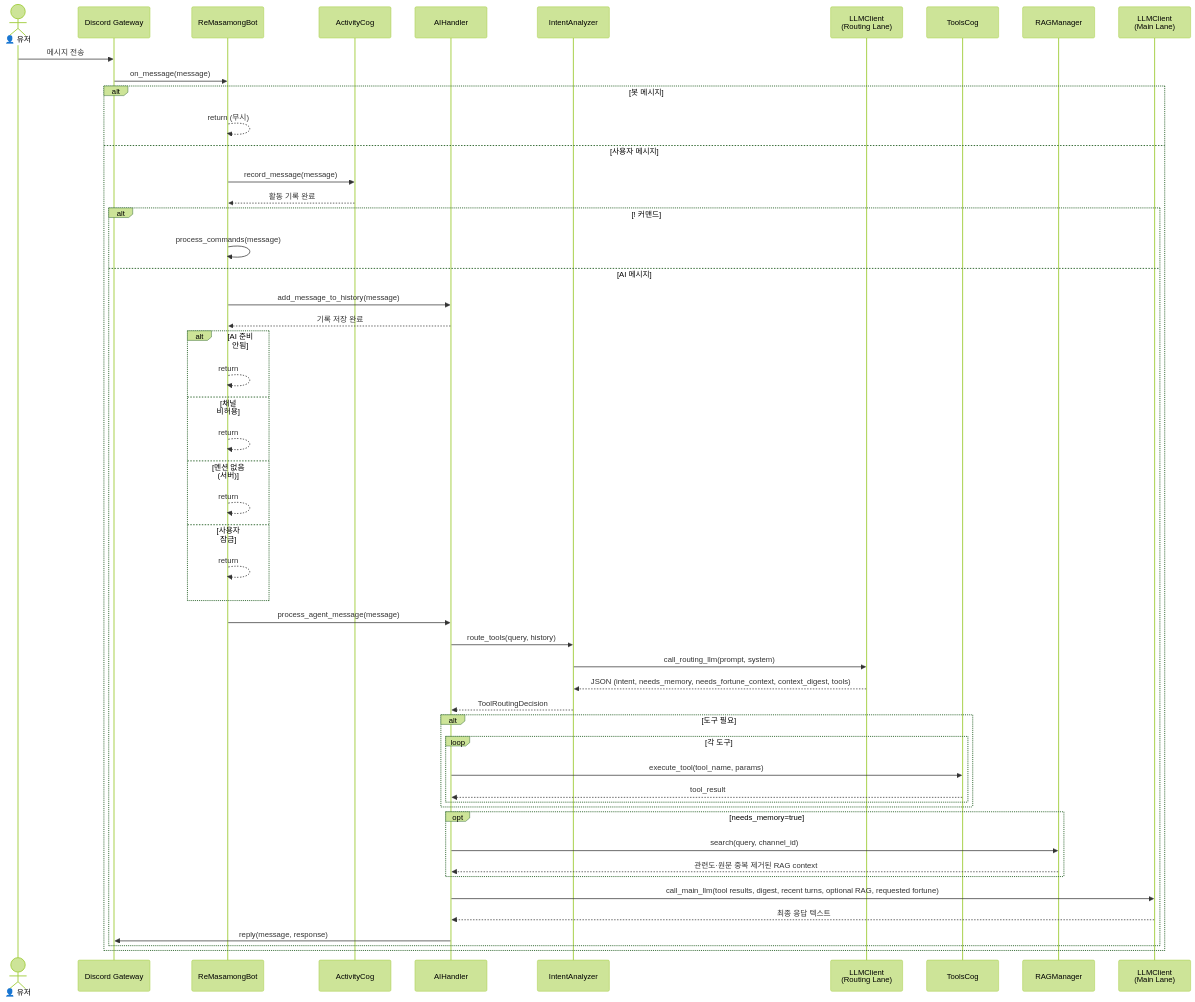
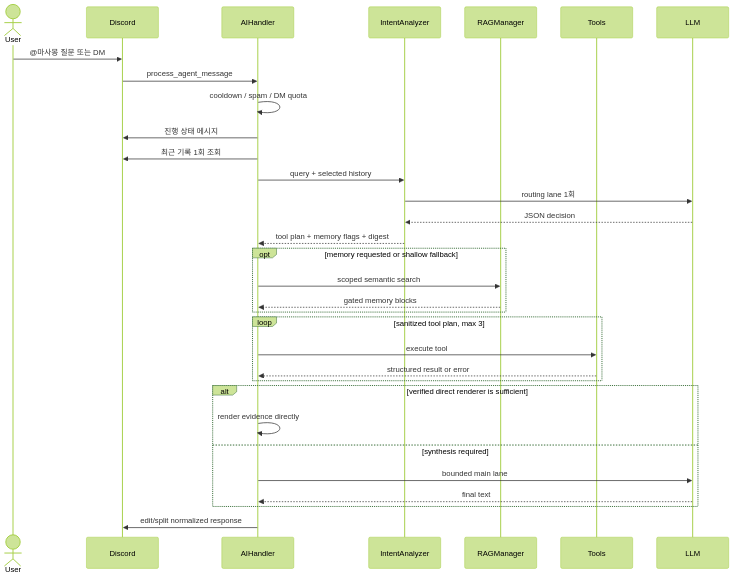
Before and after one commit to kim0040/masamong: the third of 11 diagrams in docs/UML_SPEC.ko.md, drawn with Mermaid (forest theme). The commit also changed other lines of this file and 47 other files, not shown here.

````diff
--- a/docs/UML_SPEC.ko.md
+++ b/docs/UML_SPEC.ko.md
@@ -415,64 +134,35 @@
 ```mermaid
 sequenceDiagram
-    actor User as 👤 유저
-    participant Discord as Discord Gateway
-    participant Bot as ReMasamongBot
-    participant Activity as ActivityCog
+    actor User
+    participant Discord
     participant AI as AIHandler
     participant Intent as IntentAnalyzer
-    participant Routing as LLMClient<br/>(Routing Lane)
-    participant Tools as ToolsCog
     participant RAG as RAGManager
-    participant Main as LLMClient<br/>(Main Lane)
+    participant Tools
+    participant LLM
 
-    User->>Discord: 메시지 전송
-    Discord->>Bot: on_message(message)
-
-    alt 봇 메시지
-        Bot-->>Bot: return (무시)
-    else 사용자 메시지
-        Bot->>Activity: record_message(message)
-        Activity-->>Bot: 활동 기록 완료
-
-        alt ! 커맨드
-            Bot->>Bot: process_commands(message)
-        else AI 메시지
-            Bot->>AI: add_message_to_history(message)
-            AI-->>Bot: 기록 저장 완료
-
-            alt AI 준비 안됨
-                Bot-->>Bot: return
-            else 채널 비허용
-                Bot-->>Bot: return
-            else 멘션 없음 (서버)
-                Bot-->>Bot: return
-            else 사용자 잠금
-                Bot-->>Bot: return
-            end
-
-            Bot->>AI: process_agent_message(message)
-
-            AI->>Intent: route_tools(query, history)
-            Intent->>Routing: call_routing_llm(prompt, system)
-            Routing-->>Intent: JSON (intent, needs_memory, needs_fortune_context, context_digest, tools)
-            Intent-->>AI: ToolRoutingDecision
-
-            alt 도구 필요
-                loop 각 도구
-                    AI->>Tools: execute_tool(tool_name, params)
-                    Tools-->>AI: tool_result
-                end
-            end
-
-            opt needs_memory=true
-                AI->>RAG: search(query, channel_id)
-                RAG-->>AI: 관련도·원문 중복 제거된 RAG context
-            end
-
-            AI->>Main: call_main_llm(tool results, digest, recent turns, optional RAG, requested fortune)
-            Main-->>AI: 최종 응답 텍스트
-
-            AI->>Discord: reply(message, response)
-        end
+    User->>Discord: @마사몽 질문 또는 DM
+    Discord->>AI: process_agent_message
+    AI->>AI: cooldown / spam / DM quota
+    AI->>Discord: 진행 상태 메시지
+    AI->>Discord: 최근 기록 1회 조회
+    AI->>Intent: query + selected history
+    Intent->>LLM: routing lane 1회
+    LLM-->>Intent: JSON decision
+    Intent-->>AI: tool plan + memory flags + digest
+    opt memory requested or shallow fallback
+        AI->>RAG: scoped semantic search
+        RAG-->>AI: gated memory blocks
     end
+    loop sanitized tool plan, max 3
+        AI->>Tools: execute tool
+        Tools-->>AI: structured result or error
+    end
+    alt verified direct renderer is sufficient
+        AI->>AI: render evidence directly
+    else synthesis required
+        AI->>LLM: bounded main lane
+        LLM-->>AI: final text
+    end
+    AI->>Discord: edit/split normalized response
 ```
````
